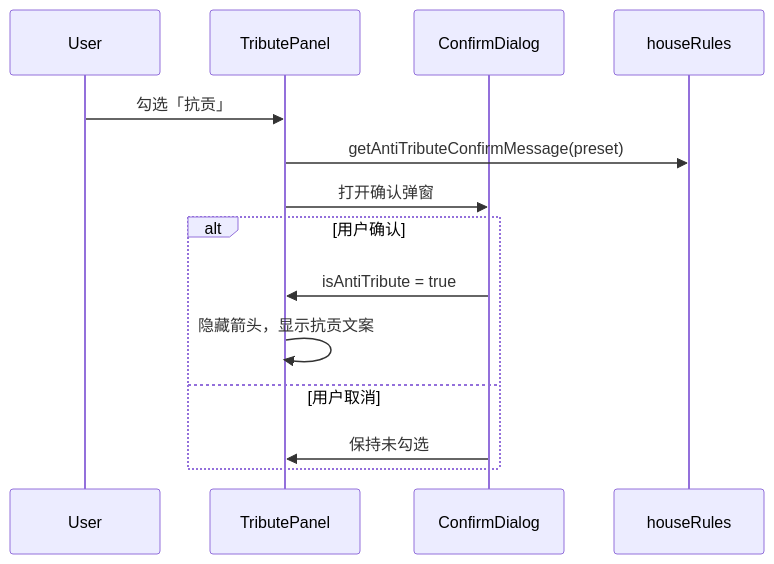
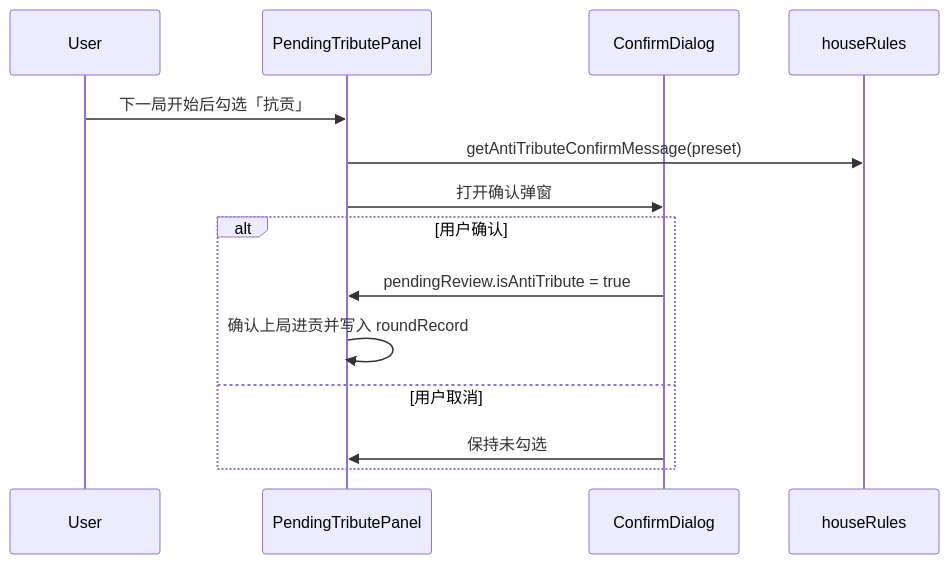
Before and after one commit to boardgamevoice-commits/guandan_master_web: the fourth of 6 diagrams in docs/SDD-Web.md, drawn with Mermaid. The commit also changed other lines of this file and 4 other files, not shown here.

````diff
--- a/docs/SDD-Web.md
+++ b/docs/SDD-Web.md
@@ -417,17 +413,17 @@
 ```mermaid
 sequenceDiagram
     participant U as User
-    participant T as TributePanel
+    participant T as PendingTributePanel
     participant C as ConfirmDialog
     participant H as houseRules
 
-    U->>T: 勾选「抗贡」
+    U->>T: 下一局开始后勾选「抗贡」
     T->>H: getAntiTributeConfirmMessage(preset)
     T->>C: 打开确认弹窗
     alt 用户确认
-        C->>T: isAntiTribute = true
-        T->>T: 隐藏箭头，显示抗贡文案
+        C->>T: pendingReview.isAntiTribute = true
+        T->>T: 确认上局进贡并写入 roundRecord
     else 用户取消
         C->>T: 保持未勾选
     end
 ```
````
